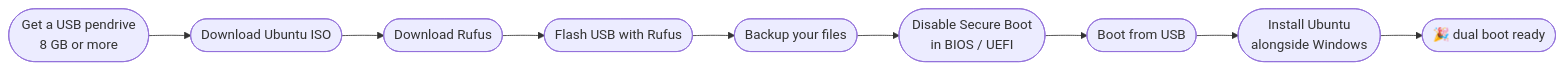
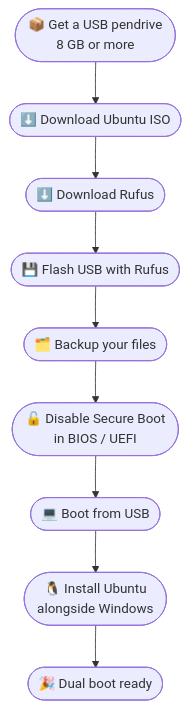
The first of 4 diagrams in app/content/0.prerequisites/4.migrate-to-ubuntu.md (yaswanthkosuru/grit), drawn with Mermaid before and after one commit. The commit also changed other lines of this file and 1 other file, not shown here.

Commit message:
Make mermaid diagrams readable on all screens
- Bumped node fontSize 20px -> 26px and padding/spacing for breathing
  room.
- Removed forced [&_svg]:w-full which was scaling SVGs down to fit
  container width and shrinking text. SVGs now render at natural size
  and the figure scrolls horizontally if needed.
- Flipped the three wide LR flowcharts in migrate-to-ubuntu to TD so
  they stack vertically — fits any width without text squishing, and
  reads naturally as a top-to-bottom checklist.
- Added emoji prefixes on the main migration steps for quick visual
  scanning.

````diff
--- a/app/content/0.prerequisites/4.migrate-to-ubuntu.md
+++ b/app/content/0.prerequisites/4.migrate-to-ubuntu.md
@@ -20,11 +20,11 @@
 ```mermaid
-flowchart LR
-    A([Get a USB pendrive<br/>8 GB or more]) --> B([Download Ubuntu ISO])
-    B --> C([Download Rufus])
-    C --> D([Flash USB with Rufus])
-    D --> E([Backup your files])
-    E --> F([Disable Secure Boot<br/>in BIOS / UEFI])
-    F --> G([Boot from USB])
-    G --> H([Install Ubuntu<br/>alongside Windows])
-    H --> I([🎉 dual boot ready])
+flowchart TD
+    A([📦 Get a USB pendrive<br/>8 GB or more]) --> B([⬇️ Download Ubuntu ISO])
+    B --> C([⬇️ Download Rufus])
+    C --> D([💾 Flash USB with Rufus])
+    D --> E([🗂️ Backup your files])
+    E --> F([🔓 Disable Secure Boot<br/>in BIOS / UEFI])
+    F --> G([💻 Boot from USB])
+    G --> H([🐧 Install Ubuntu<br/>alongside Windows])
+    H --> I([🎉 Dual boot ready])
 ```
````
